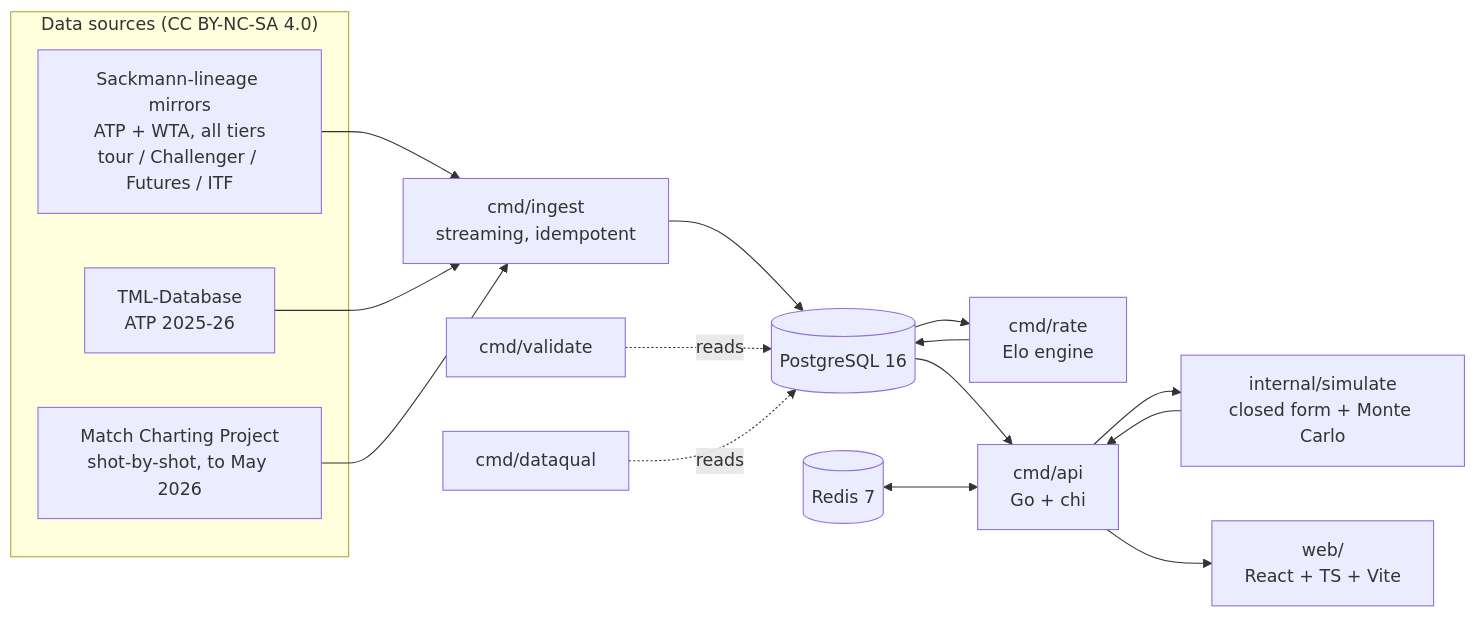
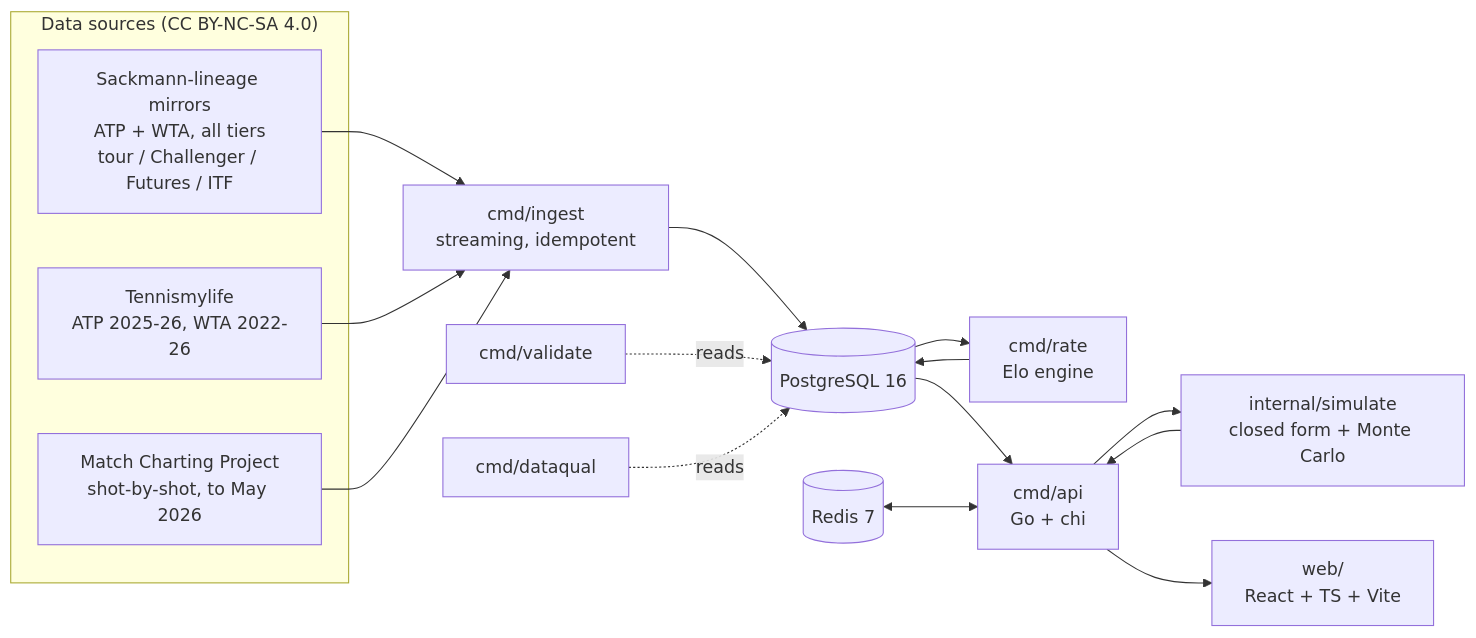
The diagram in README.md (sami0076/tennis-wiki), drawn with Mermaid before and after one commit. The commit also changed other lines of this file and 4 other files, not shown here.

````diff
--- a/README.md
+++ b/README.md
@@ -43,24 +43,24 @@
 ```mermaid
 flowchart LR
     subgraph sources["Data sources (CC BY-NC-SA 4.0)"]
         A["Sackmann-lineage mirrors<br/>ATP + WTA, all tiers<br/>tour / Challenger / Futures / ITF"]
-        B["TML-Database<br/>ATP 2025-26"]
+        B["Tennismylife<br/>ATP 2025-26, WTA 2022-26"]
         C["Match Charting Project<br/>shot-by-shot, to May 2026"]
     end
 
     A --> I["cmd/ingest<br/>streaming, idempotent"]
     B --> I
     C --> I
 
     I --> PG[("PostgreSQL 16")]
     PG --> R["cmd/rate<br/>Elo engine"]
     R --> PG
     PG --> API["cmd/api<br/>Go + chi"]
     RD[("Redis 7")] <--> API
     API --> SIM["internal/simulate<br/>closed form + Monte Carlo"]
     SIM --> API
     API --> WEB["web/<br/>React + TS + Vite"]
 
     V["cmd/validate"] -.reads.-> PG
     DQ["cmd/dataqual"] -.reads.-> PG
 ```
````
